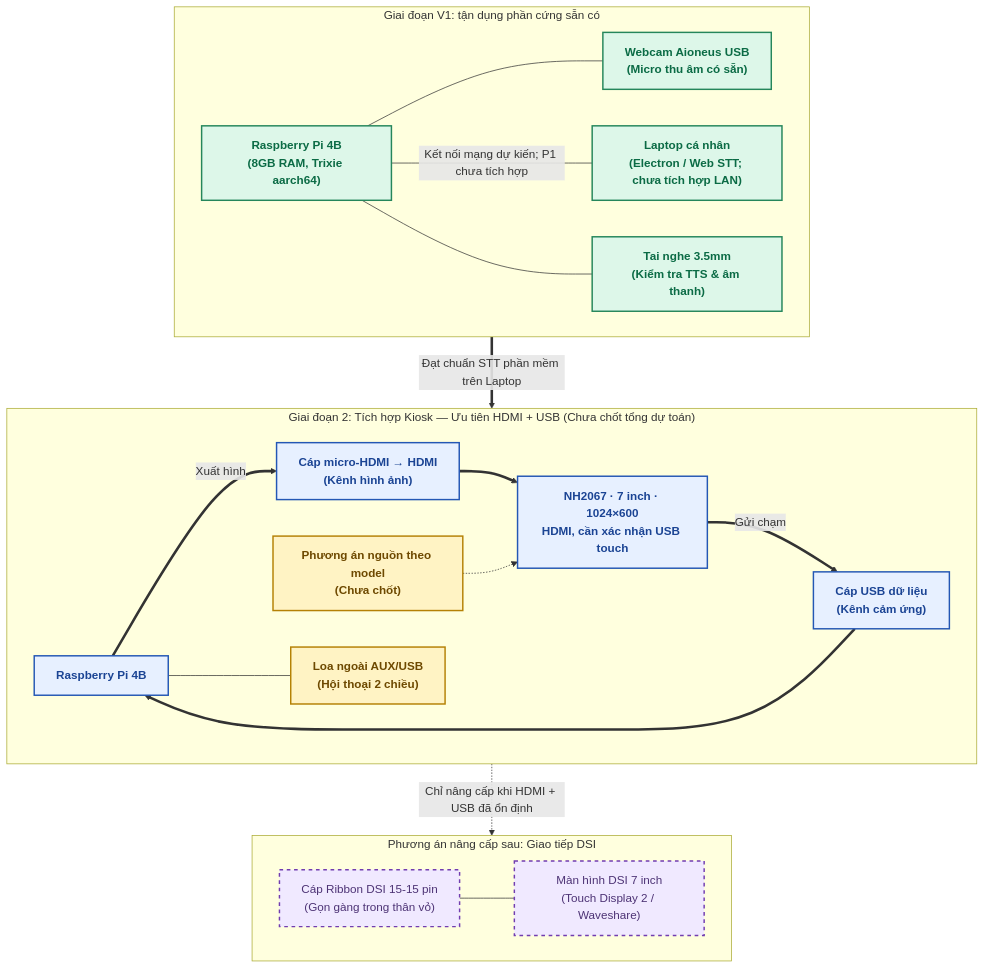
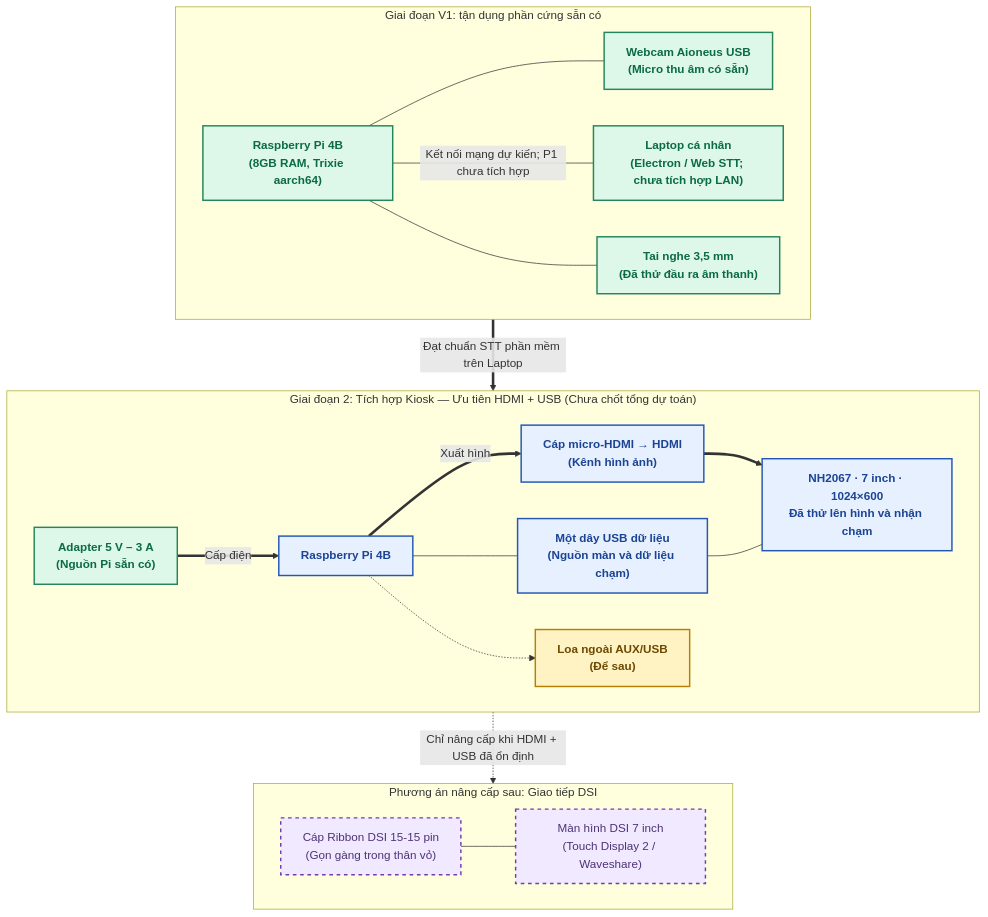
The diagram in STT_BOM.md (Violetta147/PBL6), drawn with Mermaid before and after one commit. The commit also changed other lines of this file and 5 other files, not shown here.

````diff
--- a/STT_BOM.md
+++ b/STT_BOM.md
@@ -38,48 +38,48 @@
 ```mermaid
 flowchart TD
     subgraph V1["Giai đoạn V1: tận dụng phần cứng sẵn có"]
         direction LR
         Pi4["Raspberry Pi 4B<br/>(8GB RAM, Trixie aarch64)"]
         CamMic["Webcam Aioneus USB<br/>(Micro thu âm có sẵn)"]
         LaptopScreen["Laptop cá nhân<br/>(Electron / Web STT; chưa tích hợp LAN)"]
-        Headphone["Tai nghe 3.5mm<br/>(Kiểm tra TTS & âm thanh)"]
+        Headphone["Tai nghe 3,5 mm<br/>(Đã thử đầu ra âm thanh)"]
         Pi4 --- CamMic
         Pi4 ---|"Kết nối mạng dự kiến; P1 chưa tích hợp"| LaptopScreen
         Pi4 --- Headphone
     end
 
     subgraph Phase2["Giai đoạn 2: Tích hợp Kiosk — Ưu tiên HDMI + USB (Chưa chốt tổng dự toán)"]
         direction LR
         Pi4_Kiosk["Raspberry Pi 4B"]
-        ScreenHDMI["NH2067 · 7 inch · 1024×600<br/>HDMI, cần xác nhận USB touch"]
+        ScreenHDMI["NH2067 · 7 inch · 1024×600<br/>Đã thử lên hình và nhận chạm"]
         microHDMI["Cáp micro-HDMI → HDMI<br/>(Kênh hình ảnh)"]
-        usbTouch["Cáp USB dữ liệu<br/>(Kênh cảm ứng)"]
-        pwrScreen["Phương án nguồn theo model<br/>(Chưa chốt)"]
-        speaker["Loa ngoài AUX/USB<br/>(Hội thoại 2 chiều)"]
+        usbTouch["Một dây USB dữ liệu<br/>(Nguồn màn và dữ liệu chạm)"]
+        pwrPi["Adapter 5 V – 3 A<br/>(Nguồn Pi sẵn có)"]
+        speaker["Loa ngoài AUX/USB<br/>(Để sau)"]
 
         Pi4_Kiosk ==>|"Xuất hình"| microHDMI ==> ScreenHDMI
-        ScreenHDMI ==>|"Gửi chạm"| usbTouch ==> Pi4_Kiosk
-        pwrScreen -.-> ScreenHDMI
-        Pi4_Kiosk --- speaker
+        Pi4_Kiosk --- usbTouch --- ScreenHDMI
+        pwrPi ==>|"Cấp điện"| Pi4_Kiosk
+        Pi4_Kiosk -.-> speaker
     end
 
     subgraph Upgrade["Phương án nâng cấp sau: Giao tiếp DSI"]
         direction LR
         DSI_Screen["Màn hình DSI 7 inch<br/>(Touch Display 2 / Waveshare)"]
         DSI_Ribbon["Cáp Ribbon DSI 15-15 pin<br/>(Gọn gàng trong thân vỏ)"]
         DSI_Ribbon --- DSI_Screen
     end
 
     V1 ==>|"Đạt chuẩn STT phần mềm trên Laptop"| Phase2
     Phase2 -.->|"Chỉ nâng cấp khi HDMI + USB đã ổn định"| Upgrade
 
     classDef passNode fill:#DDF7E9,stroke:#25865B,color:#0B6B45,stroke-width:2px,font-weight:bold;
     classDef primaryNode fill:#E7F0FF,stroke:#2457B4,color:#1B4494,stroke-width:2px,font-weight:bold;
     classDef optNode fill:#F0E9FF,stroke:#713DB0,color:#4D3375,stroke-width:2px,stroke-dasharray: 5 5;
     classDef warnNode fill:#FFF3C4,stroke:#B58105,color:#6E4900,stroke-width:2px,font-weight:bold;
 
-    class Pi4,CamMic,LaptopScreen,Headphone passNode;
+    class Pi4,CamMic,LaptopScreen,Headphone,pwrPi passNode;
     class Pi4_Kiosk,ScreenHDMI,microHDMI,usbTouch primaryNode;
     class DSI_Screen,DSI_Ribbon optNode;
-    class pwrScreen,speaker warnNode;
+    class speaker warnNode;
 ```
````
